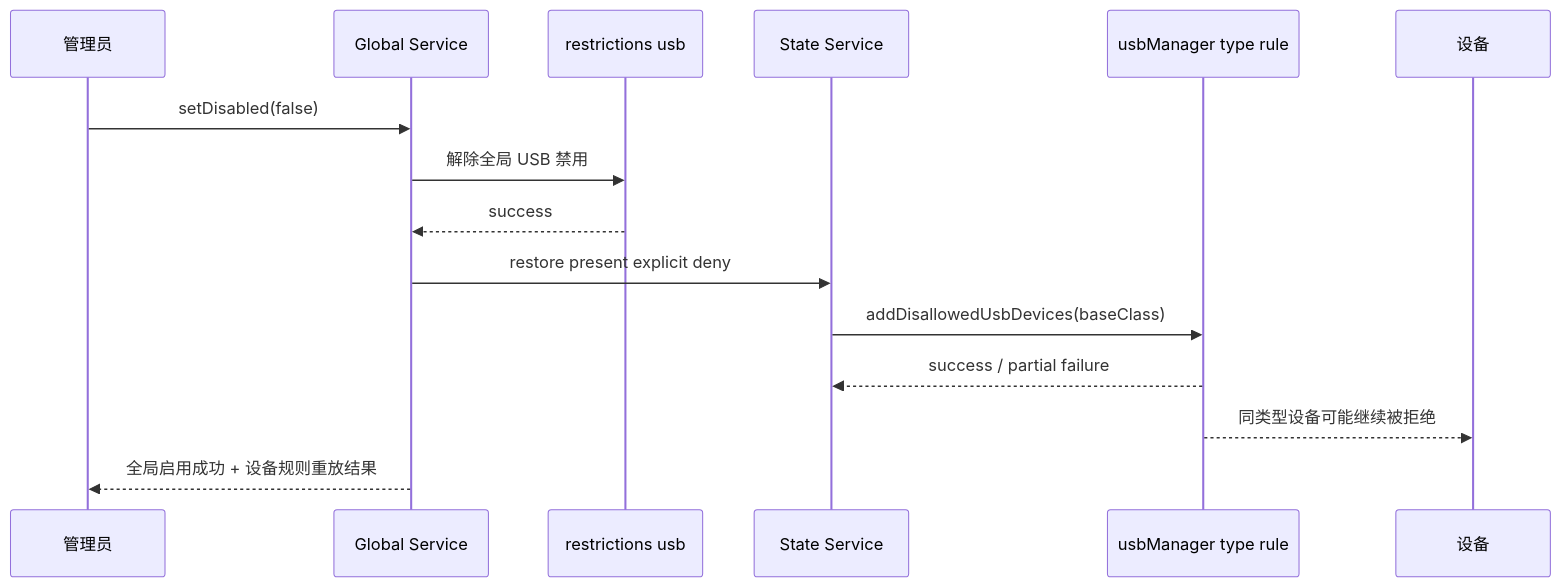
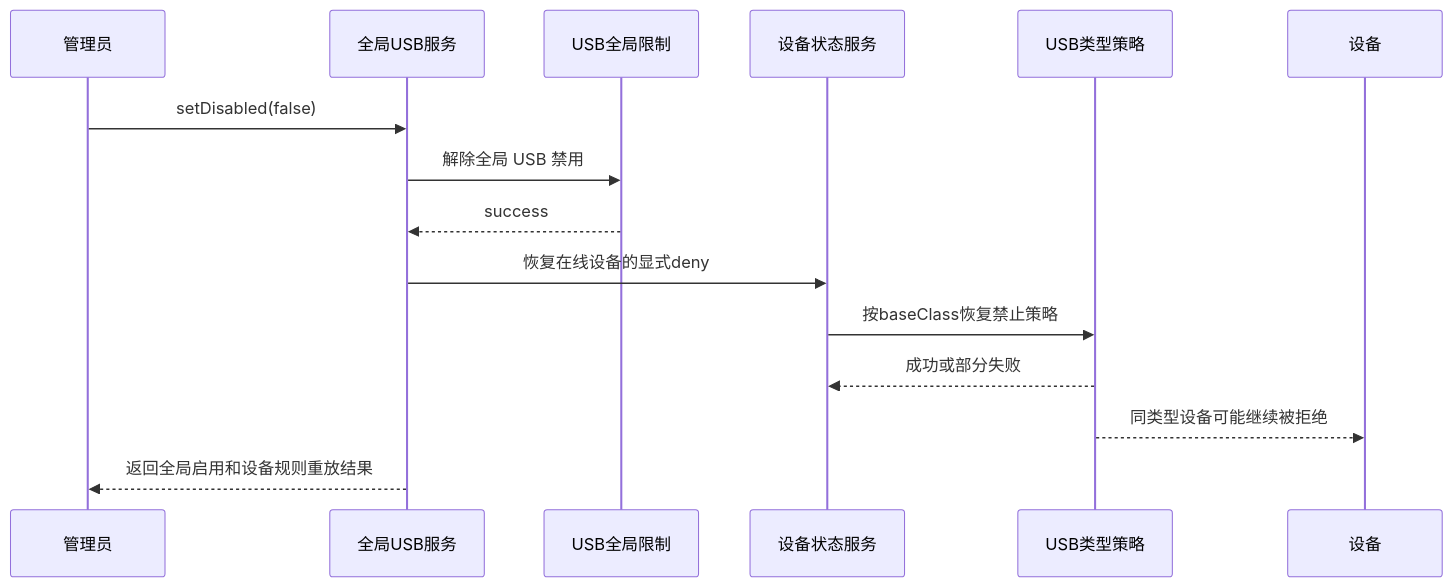
The second of 3 diagrams in case-materials/mdm/03-外设管理MVVM与策略RFC.md (xiaomu120413/harmonyos-sdd-ralph-workshop), drawn with Mermaid before and after one commit. The commit also changed other lines of this file and 7 other files, not shown here.

````diff
--- a/case-materials/mdm/03-外设管理MVVM与策略RFC.md
+++ b/case-materials/mdm/03-外设管理MVVM与策略RFC.md
@@ -306,18 +306,18 @@
 ```mermaid
 sequenceDiagram
   participant U as 管理员
-  participant G as Global Service
-  participant R as restrictions usb
-  participant S as State Service
-  participant M as usbManager type rule
+  participant G as 全局USB服务
+  participant R as USB全局限制
+  participant S as 设备状态服务
+  participant M as USB类型策略
   participant D as 设备
 
   U->>G: setDisabled(false)
   G->>R: 解除全局 USB 禁用
   R-->>G: success
-  G->>S: restore present explicit deny
-  S->>M: addDisallowedUsbDevices(baseClass)
-  M-->>S: success / partial failure
+  G->>S: 恢复在线设备的显式deny
+  S->>M: 按baseClass恢复禁止策略
+  M-->>S: 成功或部分失败
   M-->>D: 同类型设备可能继续被拒绝
-  G-->>U: 全局启用成功 + 设备规则重放结果
+  G-->>U: 返回全局启用和设备规则重放结果
 ```
````
